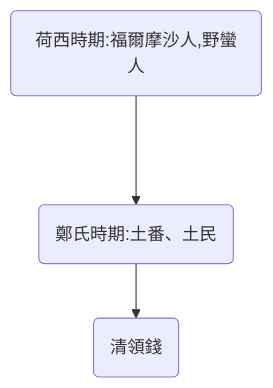
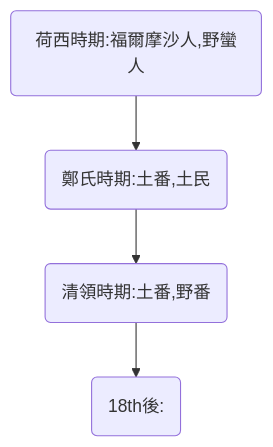
One commit to Ethane1755/Obsidian changed the diagram in Zettelkasten/原住民名稱分類.md. Above: the diagram before and after it, drawn with Mermaid.

Commit message:
Obsidian Backup 2021-10-10 11:18
Affected files:
"Zettelkasten/\345\216\237\344\275\217\346\260\221\345\220\215\347\250\261\345\210\206\351\241\236.md"

````diff
--- a/Zettelkasten/原住民名稱分類.md
+++ b/Zettelkasten/原住民名稱分類.md
@@ -4,5 +4,5 @@
 ```mermaid
 graph TD
-id1(荷西時期:福爾摩沙人,野蠻人)--->id2(鄭氏時期:土番、土民)-->id3(清領錢)
+id1(荷西時期:福爾摩沙人,野蠻人)-->id2(鄭氏時期:土番,土民)-->id3(清領時期:土番,野番)-->id4(18th後:)
 
 ```
````
